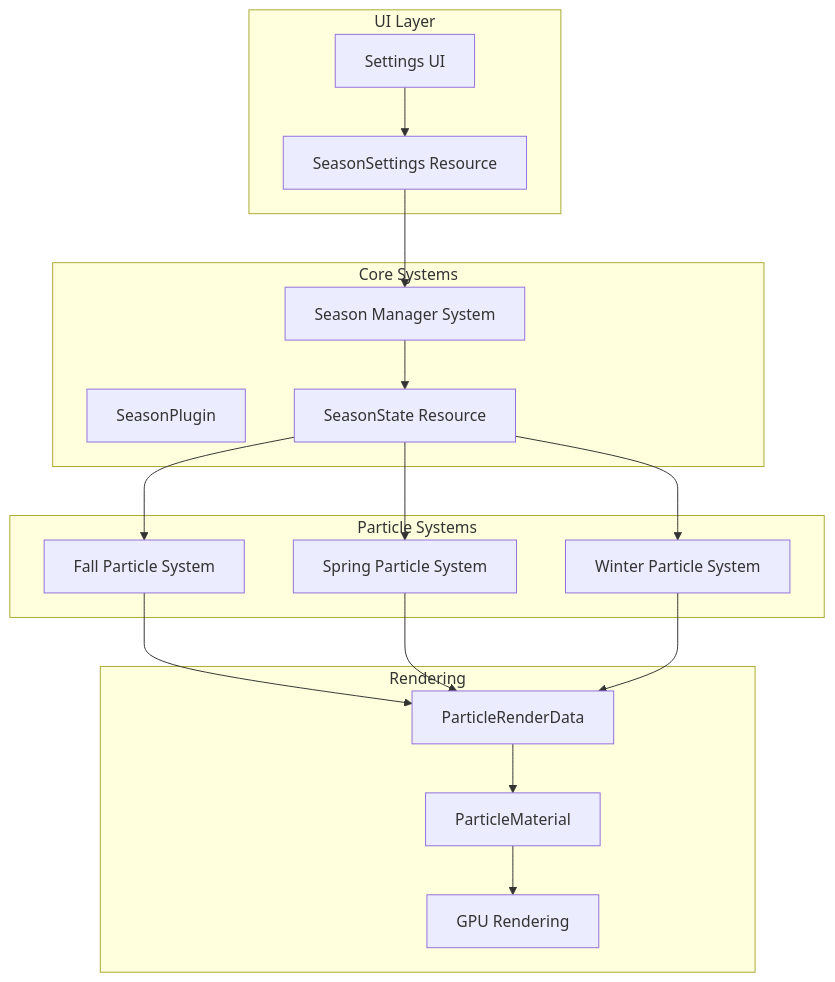
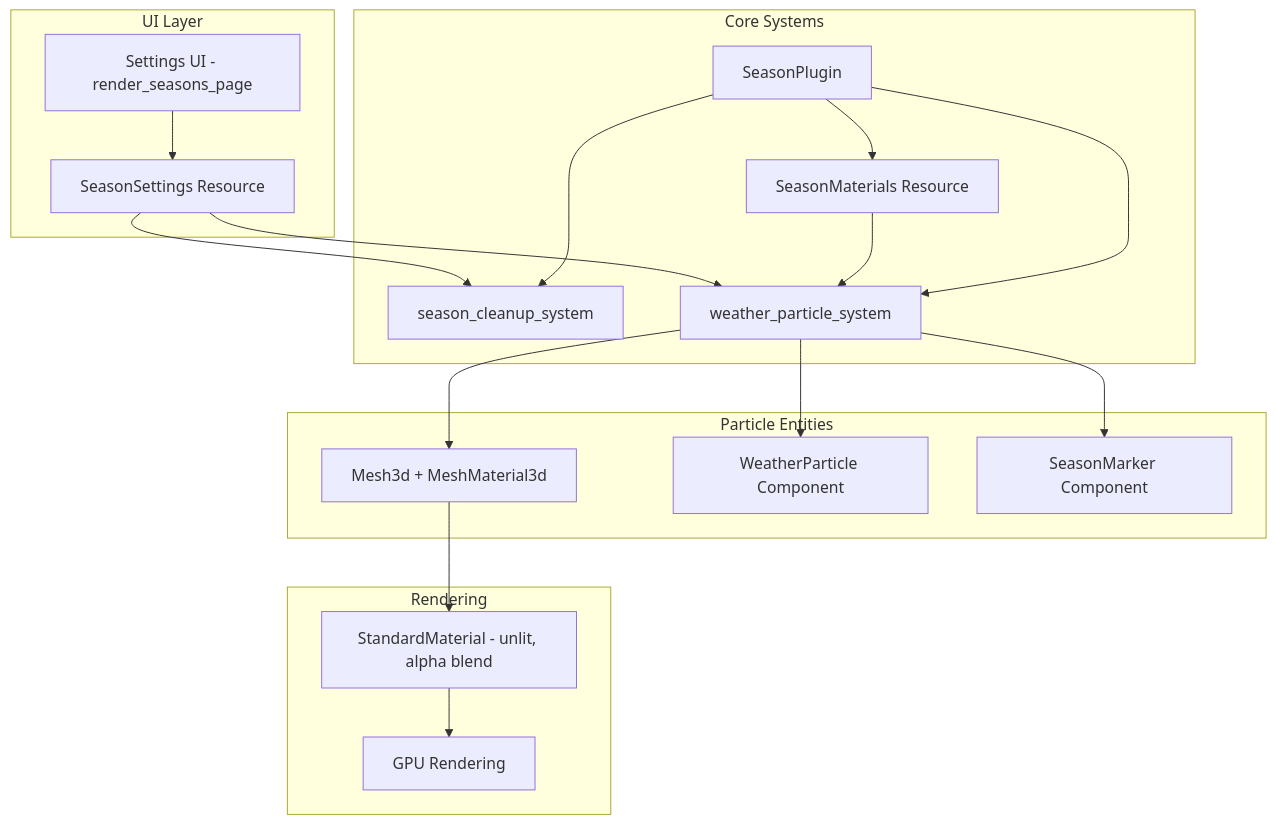
The first of 3 diagrams in system-architecture/weather-season-system.md (vektorprime/rose-offline-client), drawn with Mermaid before and after one commit. The commit also changed other lines of this file and 546 other files, not shown here.

````diff
--- a/system-architecture/weather-season-system.md
+++ b/system-architecture/weather-season-system.md
@@ -18,37 +18,38 @@
 ```mermaid
 flowchart TB
     subgraph UI Layer
-        SettingsUI[Settings UI]
+        SettingsUI[Settings UI - render_seasons_page]
         SeasonSettings[SeasonSettings Resource]
     end
-    
+
     subgraph Core Systems
         SeasonPlugin[SeasonPlugin]
-        SeasonState[SeasonState Resource]
-        SeasonManager[Season Manager System]
+        SeasonMaterials[SeasonMaterials Resource]
+        CleanupSystem[season_cleanup_system]
+        WeatherSystem[weather_particle_system]
     end
-    
-    subgraph Particle Systems
-        FallSystem[Fall Particle System]
-        SpringSystem[Spring Particle System]
-        WinterSystem[Winter Particle System]
+
+    subgraph Particle Entities
+        Mesh3d[Mesh3d + MeshMaterial3d]
+        WeatherParticle[WeatherParticle Component]
+        SeasonMarker[SeasonMarker Component]
     end
-    
+
     subgraph Rendering
-        ParticleMaterial[ParticleMaterial]
-        ParticleRenderData[ParticleRenderData]
+        StandardMaterial[StandardMaterial - unlit, alpha blend]
         GPU[GPU Rendering]
     end
-    
+
     SettingsUI --> SeasonSettings
-    SeasonSettings --> SeasonManager
-    SeasonManager --> SeasonState
-    SeasonState --> FallSystem
-    SeasonState --> SpringSystem
-    SeasonState --> WinterSystem
-    FallSystem --> ParticleRenderData
-    SpringSystem --> ParticleRenderData
-    WinterSystem --> ParticleRenderData
-    ParticleRenderData --> ParticleMaterial
-    ParticleMaterial --> GPU
+    SeasonPlugin --> SeasonMaterials
+    SeasonPlugin --> CleanupSystem
+    SeasonPlugin --> WeatherSystem
+    SeasonMaterials --> WeatherSystem
+    SeasonSettings --> CleanupSystem
+    SeasonSettings --> WeatherSystem
+    WeatherSystem --> Mesh3d
+    WeatherSystem --> WeatherParticle
+    WeatherSystem --> SeasonMarker
+    Mesh3d --> StandardMaterial
+    StandardMaterial --> GPU
 ```
````
